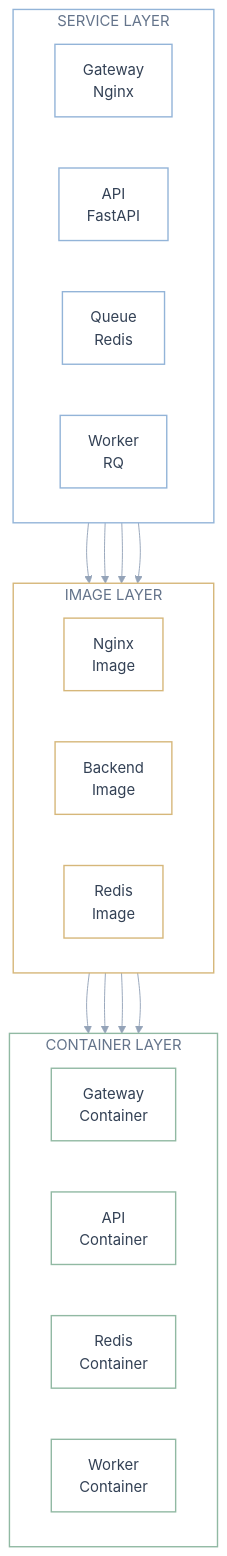
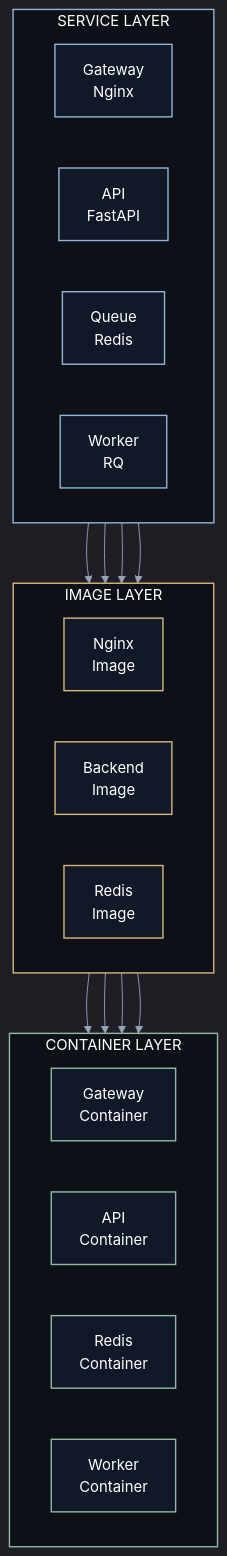
The third of 3 diagrams in README.md (TranKiet146/docflow_SOA_Seminar), drawn with Mermaid before and after one commit. The commit also changed other lines of this file, not shown here.

Commit message:
add color diagram

````diff
--- a/README.md
+++ b/README.md
@@ -461,49 +460,49 @@
 ```mermaid
-%%{init: {"theme": "base", "themeVariables": {"fontFamily": "Arial", "fontSize": "16px", "primaryTextColor": "#334155", "lineColor": "#94A3B8"}, "flowchart": {"htmlLabels": true, "nodeSpacing": 55, "rankSpacing": 65, "useMaxWidth": true}}}%%
+%%{init: {"theme": "dark", "themeVariables": {"fontFamily": "Arial", "fontSize": "16px", "primaryTextColor": "#FFFFFF", "lineColor": "#94A3B8"}, "flowchart": {"htmlLabels": true, "nodeSpacing": 55, "rankSpacing": 65, "useMaxWidth": true}}}%%
 flowchart TB
     subgraph SL["SERVICE LAYER"]
         direction LR
         S1["Gateway<br/>Nginx"]
         S2["API<br/>FastAPI"]
         S3["Queue<br/>Redis"]
         S4["Worker<br/>RQ"]
     end
 
     subgraph IL["IMAGE LAYER"]
         direction LR
         I1["Nginx<br/>Image"]
         I2["Backend<br/>Image"]
         I3["Redis<br/>Image"]
     end
 
     subgraph CL["CONTAINER LAYER"]
         direction LR
         C1["Gateway<br/>Container"]
         C2["API<br/>Container"]
         C3["Redis<br/>Container"]
         C4["Worker<br/>Container"]
     end
 
     S1 --> I1
     S2 --> I2
     S3 --> I3
     S4 --> I2
 
     I1 --> C1
     I2 --> C2
     I2 --> C4
     I3 --> C3
 
-    classDef default fill:transparent,stroke:#CBD5E1,stroke-width:1px,color:#334155
-    classDef service fill:transparent,stroke:#93B4D8,stroke-width:1.5px,color:#334155
-    classDef image fill:transparent,stroke:#D6B77A,stroke-width:1.5px,color:#334155
-    classDef container fill:transparent,stroke:#91B9A3,stroke-width:1.5px,color:#334155
+    classDef default fill:#111827,stroke:#CBD5E1,stroke-width:1px,color:#FFFFFF
+    classDef service fill:#111827,stroke:#93B4D8,stroke-width:1.5px,color:#FFFFFF
+    classDef image fill:#111827,stroke:#D6B77A,stroke-width:1.5px,color:#FFFFFF
+    classDef container fill:#111827,stroke:#91B9A3,stroke-width:1.5px,color:#FFFFFF
 
     class S1,S2,S3,S4 service
     class I1,I2,I3 image
     class C1,C2,C3,C4 container
 
-    style SL fill:transparent,stroke:#93B4D8,stroke-width:1.5px,color:#64748B
-    style IL fill:transparent,stroke:#D6B77A,stroke-width:1.5px,color:#64748B
-    style CL fill:transparent,stroke:#91B9A3,stroke-width:1.5px,color:#64748B
+    style SL fill:#0D1117,stroke:#93B4D8,stroke-width:1.5px,color:#FFFFFF
+    style IL fill:#0D1117,stroke:#D6B77A,stroke-width:1.5px,color:#FFFFFF
+    style CL fill:#0D1117,stroke:#91B9A3,stroke-width:1.5px,color:#FFFFFF
 ```
````
